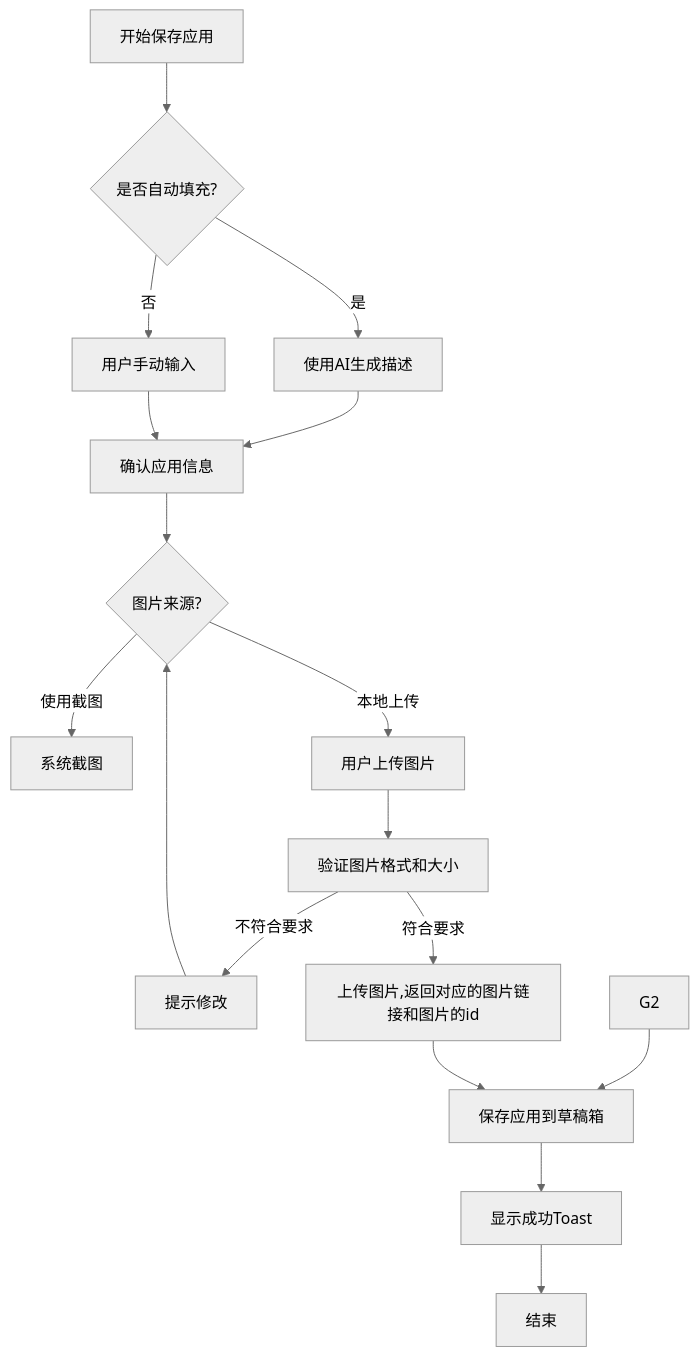
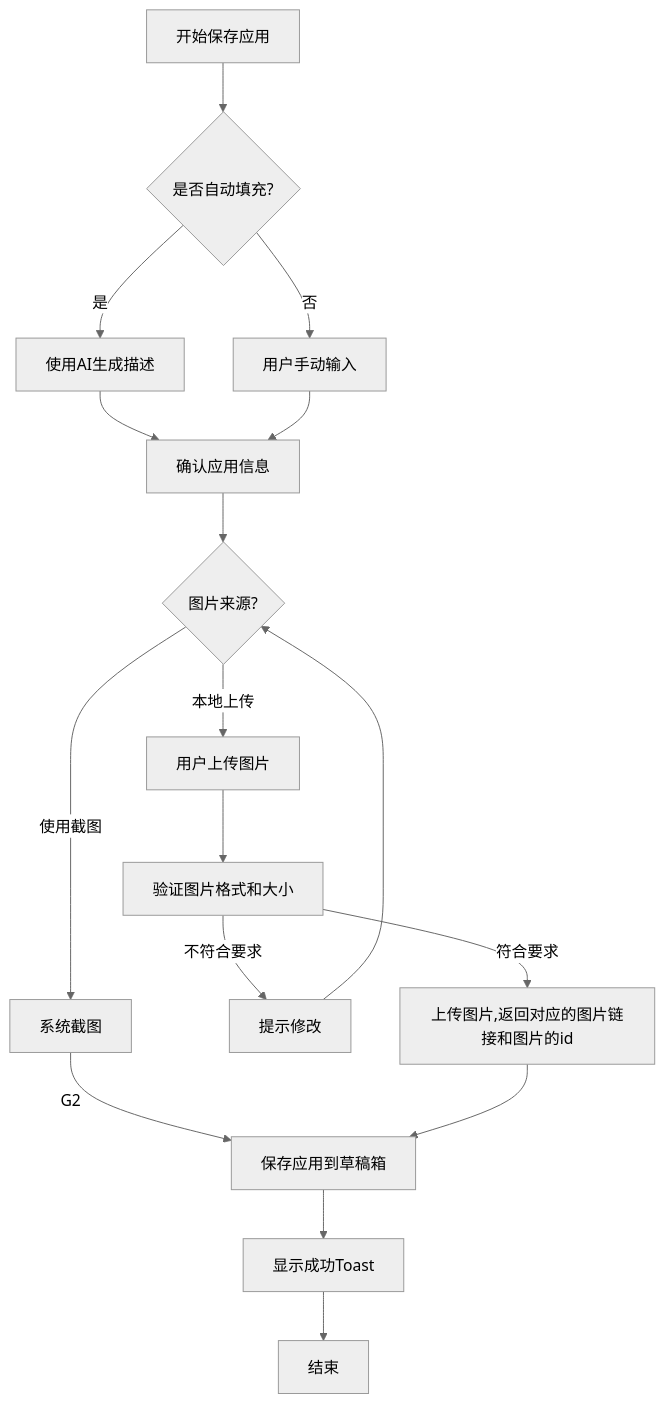
Before and after one commit to yingjianzh/iodraw-files: the diagram in all/未命名-66.md, drawn with Mermaid (neutral theme).

Commit message:
2025-05-27 11:22:01 update

````diff
--- a/all/未命名-66.md
+++ b/all/未命名-66.md
@@ -1,21 +1,21 @@
 ```mermaid
 flowchart TD
     A[开始保存应用] --> B{是否自动填充?}
     B -->|是| C[使用AI生成描述]
     B -->|否| D[用户手动输入]
     C --> E[确认应用信息]
     D --> E
     E --> F{图片来源?}
     F -->|使用截图| G[系统截图]
     F -->|本地上传| H[用户上传图片]
     H --> I[验证图片格式和大小]
     I -->|不符合要求| J[提示修改]
     J --> F
     I -->|符合要求| K1[上传图片,返回对应的图片链接和图片的id]
 
-    
+    G --
     G2 --> K[保存应用到草稿箱]
     K1 --> K
     K --> L[显示成功Toast]
     L --> M[结束]
 ```
````
